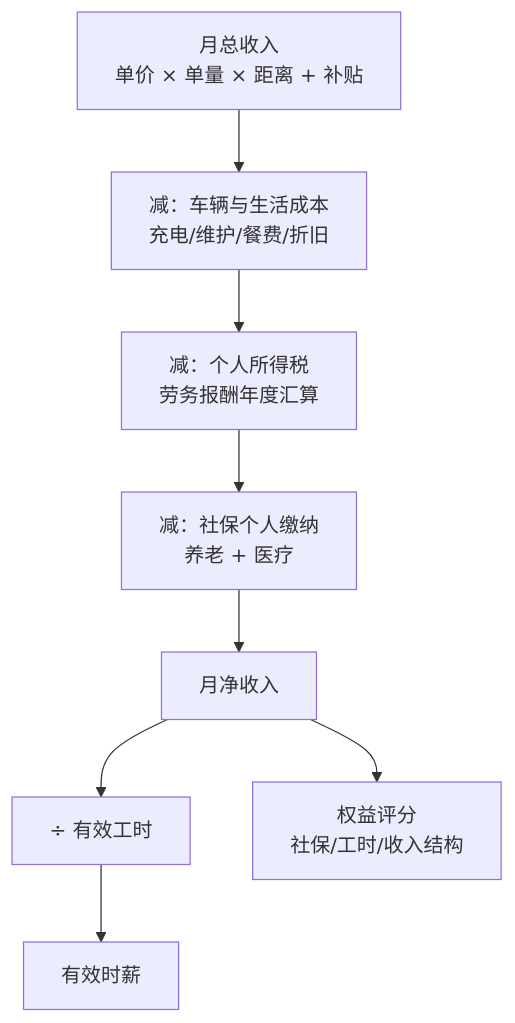
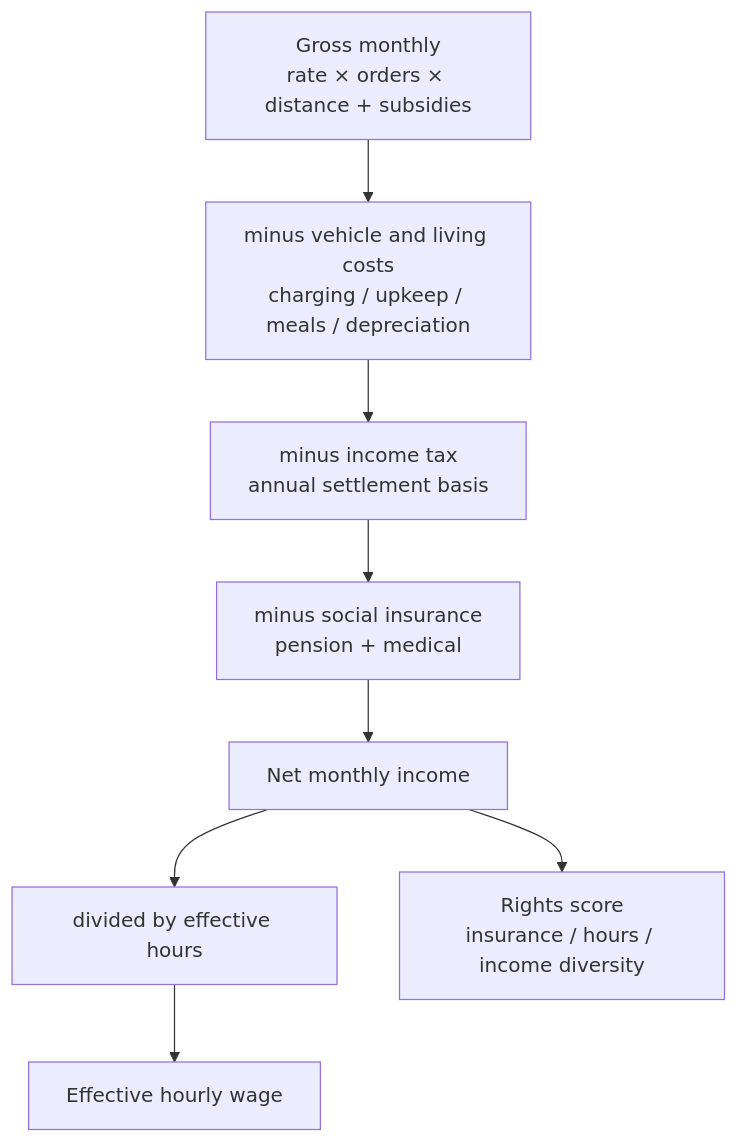
The second of 2 diagrams in README.md (Morningstar202604/no-money), drawn with Mermaid before and after one commit. The commit also changed other lines of this file and 24 other files, not shown here.

````diff
--- a/README.md
+++ b/README.md
@@ -72,10 +72,10 @@
 ```mermaid
 flowchart TD
-    A["月总收入<br/>单价 × 单量 × 距离 + 补贴"] --> B["减：车辆与生活成本<br/>充电/维护/餐费/折旧"]
-    B --> C["减：个人所得税<br/>劳务报酬年度汇算"]
-    C --> D["减：社保个人缴纳<br/>养老 + 医疗"]
-    D --> E["月净收入"]
-    E --> F["÷ 有效工时"]
-    F --> G["有效时薪"]
-    E --> H["权益评分<br/>社保/工时/收入结构"]
+    A["Gross monthly<br/>rate × orders × distance + subsidies"] --> B["minus vehicle and living costs<br/>charging / upkeep / meals / depreciation"]
+    B --> C["minus income tax<br/>annual settlement basis"]
+    C --> D["minus social insurance<br/>pension + medical"]
+    D --> E["Net monthly income"]
+    E --> F["divided by effective hours"]
+    F --> G["Effective hourly wage"]
+    E --> H["Rights score<br/>insurance / hours / income diversity"]
 ```
````
